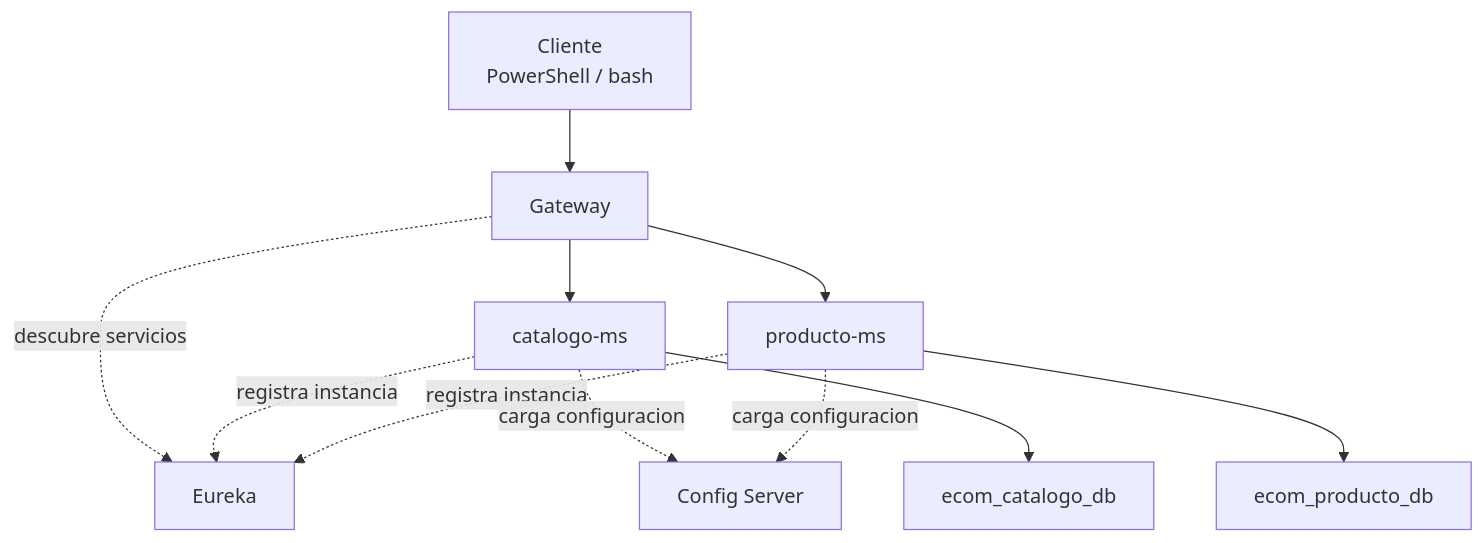
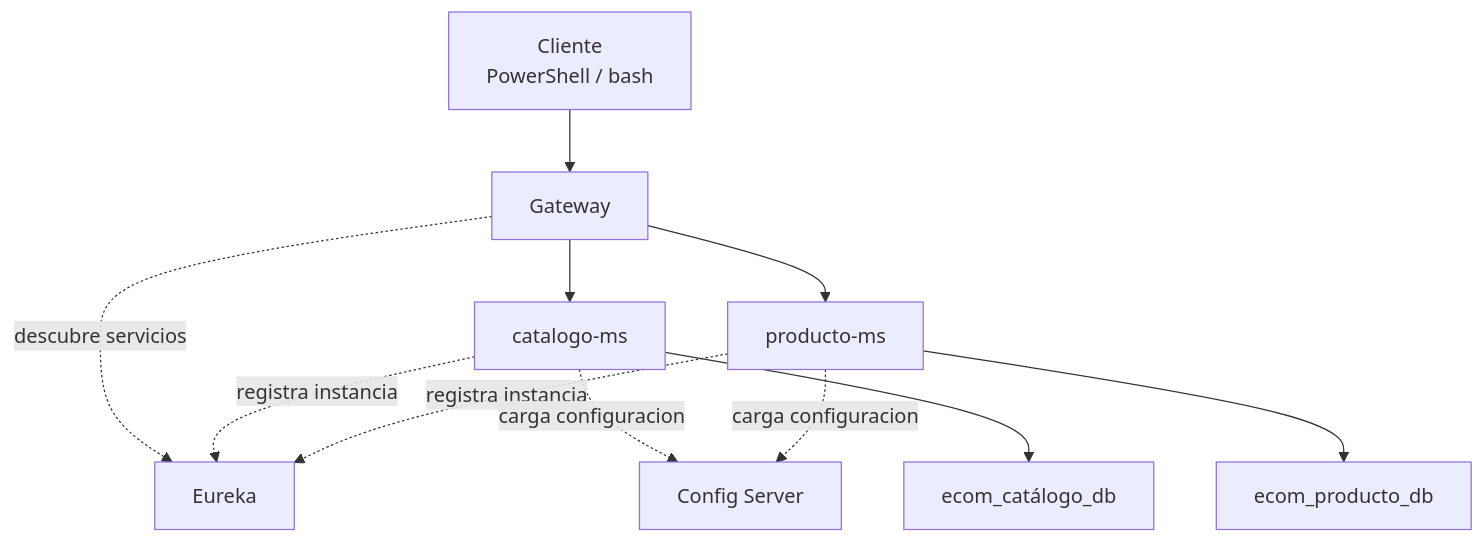
Before and after one commit to 261dist/ecom: the diagram in docs/sesiones/s05-evaluacion-u1.md, drawn with Mermaid. The commit also changed other lines of this file and 21 other files, not shown here.

````diff
--- a/docs/sesiones/s05-evaluacion-u1.md
+++ b/docs/sesiones/s05-evaluacion-u1.md
@@ -43,22 +43,22 @@
 ```mermaid
 flowchart TB
     Cliente["Cliente<br/>PowerShell / bash"]
     Gateway["Gateway"]
     Eureka["Eureka"]
     Config["Config Server"]
     Catalogo["catalogo-ms"]
     Producto["producto-ms"]
-    DB1["ecom_catalogo_db"]
+    DB1["ecom_catálogo_db"]
     DB2["ecom_producto_db"]
 
     Cliente --> Gateway
     Gateway -. descubre servicios .-> Eureka
     Catalogo -. registra instancia .-> Eureka
     Producto -. registra instancia .-> Eureka
     Gateway --> Catalogo
     Gateway --> Producto
     Catalogo -. carga configuracion .-> Config
     Producto -. carga configuracion .-> Config
     Catalogo --> DB1
     Producto --> DB2
 ```
````
